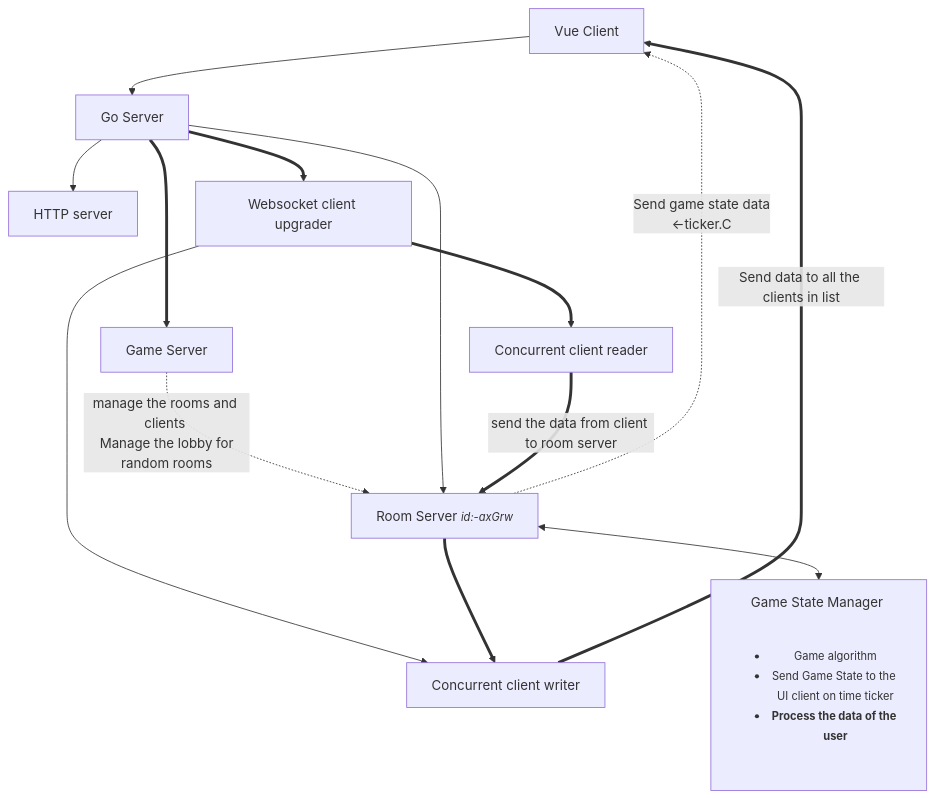
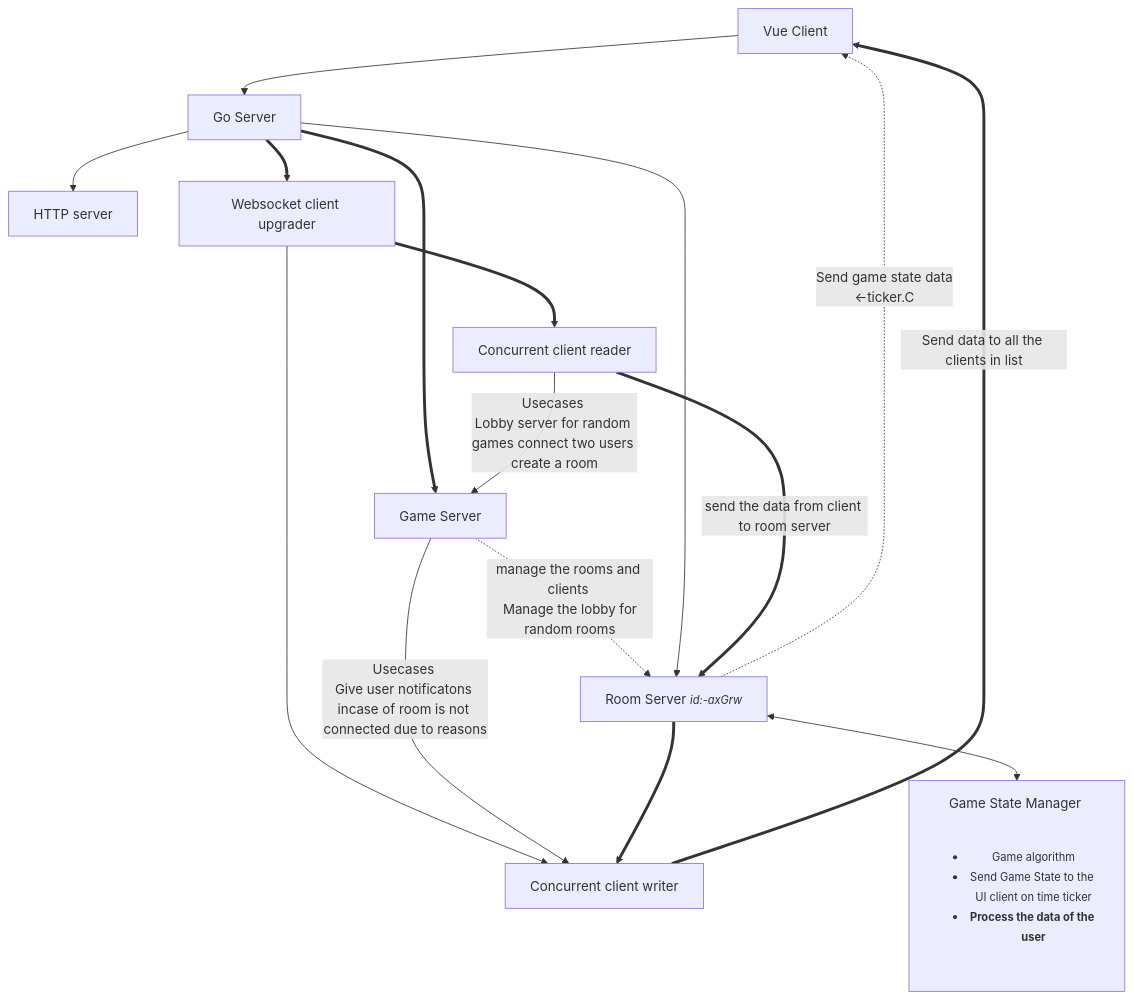
One commit to DhruvikDonga/wordsbattle changed the diagram in README.md. Above: the diagram before and after it, drawn with Mermaid.

````diff
--- a/README.md
+++ b/README.md
@@ -19,16 +19,18 @@
 ```mermaid
 graph TD
     A[Vue Client] --> B[Go Server]
     B --> C[HTTP server]
     B ==> D[Websocket client upgrader]
     D ==> E[Concurrent client reader]
     D --> F[Concurrent client writer]
     B ==> G[Game Server]
     G -.->|manage the rooms and clients <br> Manage the lobby for random rooms| H[Room Server <small><i>id:-axGrw</i></small>]
+    E -->|Usecases <br>Lobby server for random games connect two users create a room|G
+    G -->|Usecases <br>Give user notificatons incase of room is not connected due to reasons|F
     B --> H
     E ==>|send the data from client to room server| H
     H ==> F
     F ==>|Send data to all the clients in list| A
     H <--> I[Game State Manager <br> <small><ul><li>Game algorithm</li><li>Send Game State to the <br>UI client on time ticker</li><li><b>Process the data of the user</b></li></ul> </small>]
     H -.->|Send game state data <br> <-ticker.C|A
 ```
````
